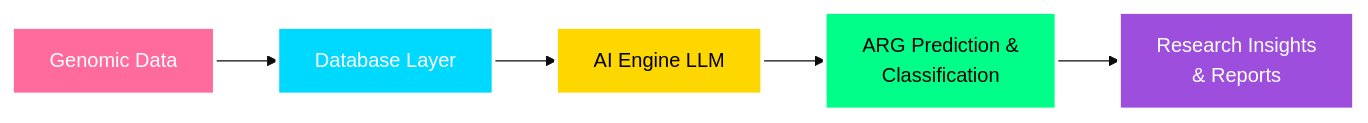
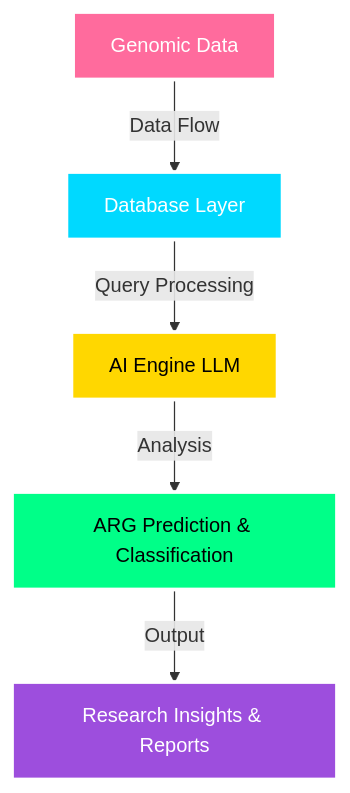
Before and after one commit to Genomic-AI-Research-Lab-GARL/.github: the first of 2 diagrams in profile/README.md, drawn with Mermaid. The commit also changed other lines of this file, not shown here.

Commit message:
Revise flowchart layout in README.md
Updated the flowchart to improve clarity and data flow representation.

````diff
--- a/profile/README.md
+++ b/profile/README.md
@@ -23,14 +22,19 @@
 ```mermaid
-%%{init: {'theme':'base', 'themeVariables': { 'fontSize':'16px'}}}%%
-flowchart LR
-    A[Genomic Data] --> B[Database Layer]
-    B --> C[AI Engine LLM]
-    C --> D[ARG Prediction &<br/>Classification]
-    D --> E[Research Insights<br/>& Reports]
+flowchart TD
+    A[Genomic Data]
+    B[Database Layer]
+    C[AI Engine LLM]
+    D[ARG Prediction & Classification]
+    E[Research Insights & Reports]
+    
+    A -->|Data Flow| B
+    B -->|Query Processing| C
+    C -->|Analysis| D
+    D -->|Output| E
     
     style A fill:#FF6B9D,stroke:#fff,stroke-width:3px,color:#fff
     style B fill:#00D9FF,stroke:#fff,stroke-width:3px,color:#fff
     style C fill:#FFD700,stroke:#fff,stroke-width:3px,color:#000
     style D fill:#00FF88,stroke:#fff,stroke-width:3px,color:#000
     style E fill:#9D4EDD,stroke:#fff,stroke-width:3px,color:#fff
 ```
````
